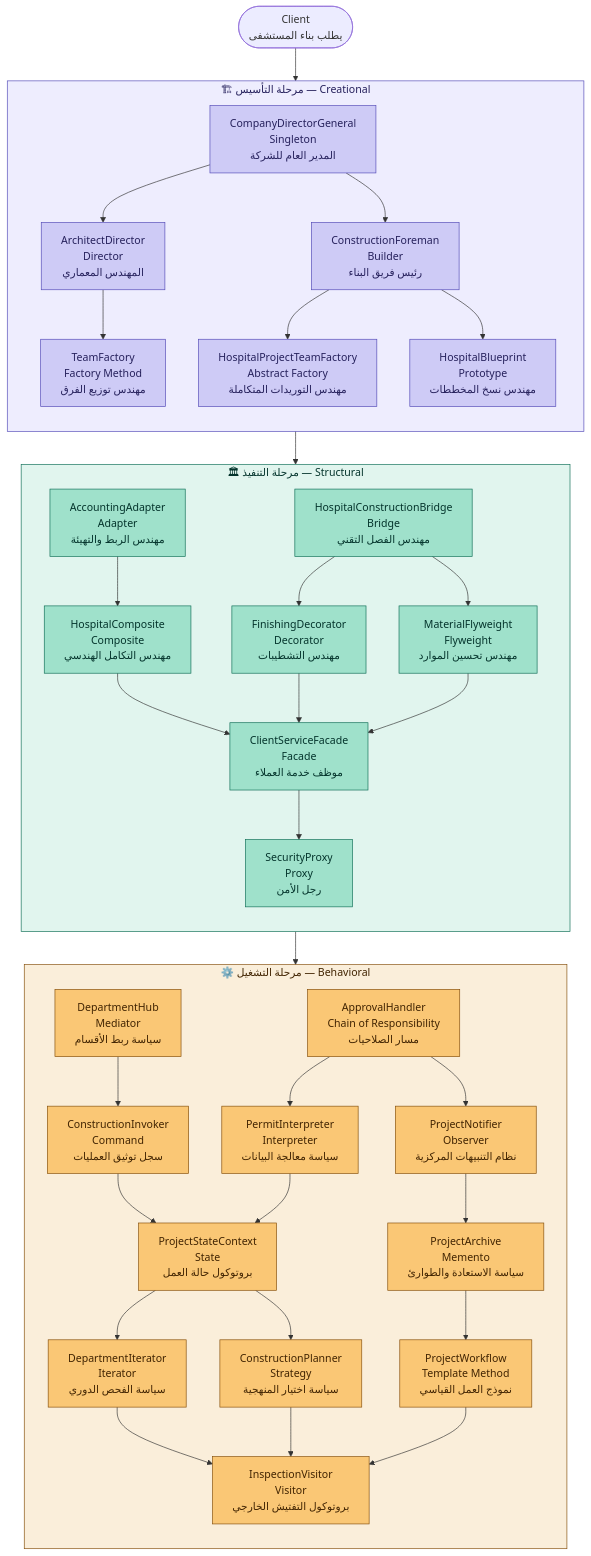
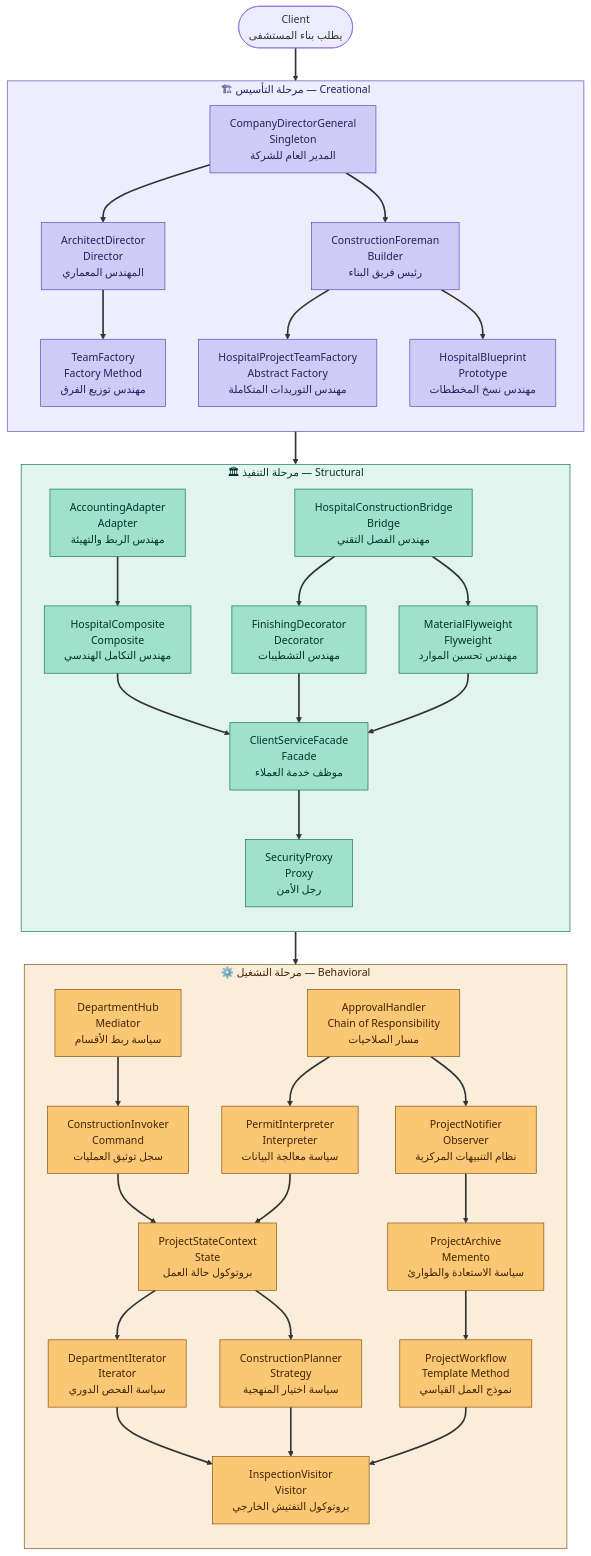
The diagram in DesignPatterns/README.md (principle1/DesignPatterns), drawn with Mermaid before and after one commit. The commit also changed other lines of this file, not shown here.

Commit message:
changed md

````diff
--- a/DesignPatterns/README.md
+++ b/DesignPatterns/README.md
@@ -10,9 +11,6 @@
 
     Client([Client\nيطلب بناء المستشفى])
 
-    %% ══════════════════════════════
-    %%  مرحلة التأسيس — Creational
-    %% ══════════════════════════════
     subgraph Creational["🏗 مرحلة التأسيس — Creational"]
         direction TB
         Singleton["CompanyDirectorGeneral\nSingleton\nالمدير العام للشركة"]
@@ -29,9 +27,6 @@
         Builder   --> Prototype
     end
 
-    %% ══════════════════════════════
-    %%  مرحلة التنفيذ — Structural
-    %% ══════════════════════════════
     subgraph Structural["🏛 مرحلة التنفيذ — Structural"]
         direction TB
         Adapter["AccountingAdapter\nAdapter\nمهندس الربط والتهيئة"]
@@ -51,9 +46,6 @@
         Facade    --> Proxy
     end
 
-    %% ══════════════════════════════
-    %%  مرحلة التشغيل — Behavioral
-    %% ══════════════════════════════
     subgraph Behavioral["⚙️ مرحلة التشغيل — Behavioral"]
         direction TB
         Mediator["DepartmentHub\nMediator\nسياسة ربط الأقسام"]
@@ -82,16 +74,10 @@
         Template    --> Visitor
     end
 
-    %% ══════════════════════════════
-    %%  التسلسل الرئيسي
-    %% ══════════════════════════════
-    Client      --> Singleton
-    Creational  --> Structural
-    Structural  --> Behavioral
+    Client     --> Singleton
+    Creational --> Structural
+    Structural --> Behavioral
 
-    %% ══════════════════════════════
-    %%  ألوان المراحل
-    %% ══════════════════════════════
     style Creational  fill:#EEEDFE,stroke:#534AB7,color:#26215C
     style Structural  fill:#E1F5EE,stroke:#0F6E56,color:#04342C
     style Behavioral  fill:#FAEEDA,stroke:#854F0B,color:#412402
@@ -111,15 +97,17 @@
     style Facade    fill:#9FE1CB,stroke:#0F6E56,color:#04342C
     style Proxy     fill:#9FE1CB,stroke:#0F6E56,color:#04342C
 
-    style Mediator     fill:#FAC775,stroke:#854F0B,color:#412402
-    style Chain        fill:#FAC775,stroke:#854F0B,color:#412402
-    style Command      fill:#FAC775,stroke:#854F0B,color:#412402
-    style Interpreter  fill:#FAC775,stroke:#854F0B,color:#412402
-    style Observer     fill:#FAC775,stroke:#854F0B,color:#412402
-    style State        fill:#FAC775,stroke:#854F0B,color:#412402
-    style Memento      fill:#FAC775,stroke:#854F0B,color:#412402
-    style Iterator     fill:#FAC775,stroke:#854F0B,color:#412402
-    style Strategy     fill:#FAC775,stroke:#854F0B,color:#412402
-    style Template     fill:#FAC775,stroke:#854F0B,color:#412402
-    style Visitor      fill:#FAC775,stroke:#854F0B,color:#412402
+    style Mediator    fill:#FAC775,stroke:#854F0B,color:#412402
+    style Chain       fill:#FAC775,stroke:#854F0B,color:#412402
+    style Command     fill:#FAC775,stroke:#854F0B,color:#412402
+    style Interpreter fill:#FAC775,stroke:#854F0B,color:#412402
+    style Observer    fill:#FAC775,stroke:#854F0B,color:#412402
+    style State       fill:#FAC775,stroke:#854F0B,color:#412402
+    style Memento     fill:#FAC775,stroke:#854F0B,color:#412402
+    style Iterator    fill:#FAC775,stroke:#854F0B,color:#412402
+    style Strategy    fill:#FAC775,stroke:#854F0B,color:#412402
+    style Template    fill:#FAC775,stroke:#854F0B,color:#412402
+    style Visitor     fill:#FAC775,stroke:#854F0B,color:#412402
+
+    linkStyle default stroke-width:2.5px
 ```
````
